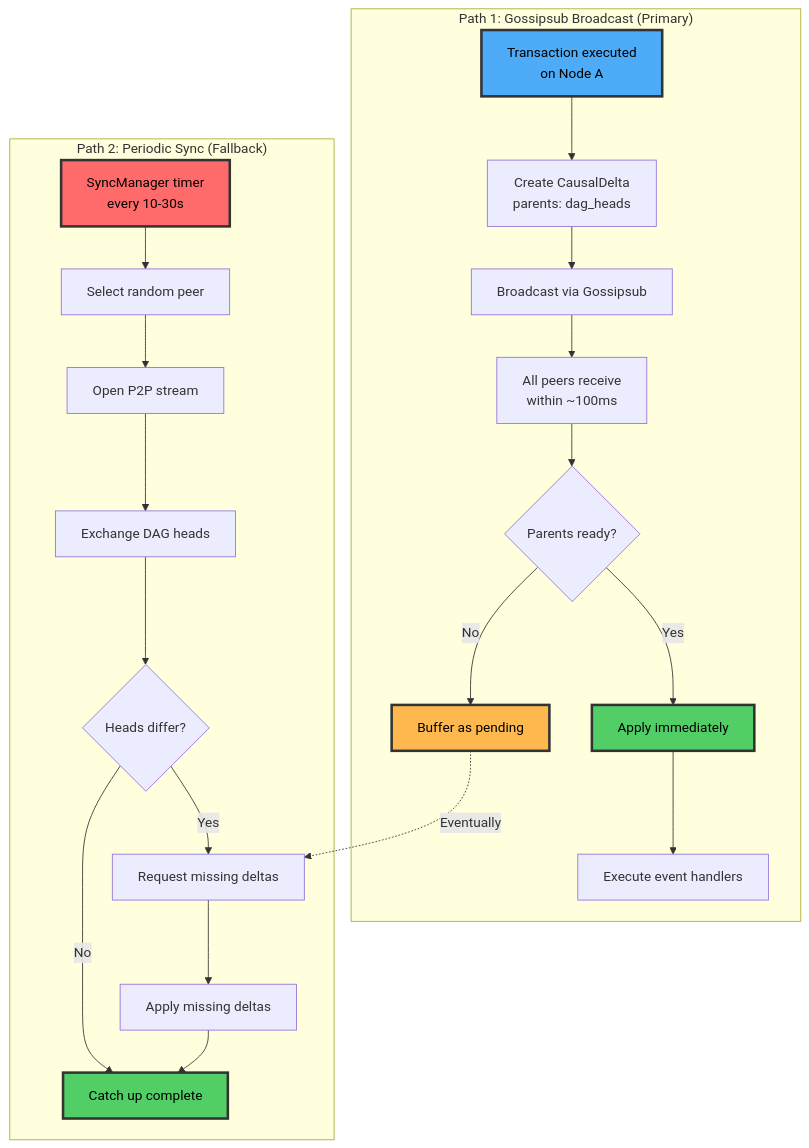
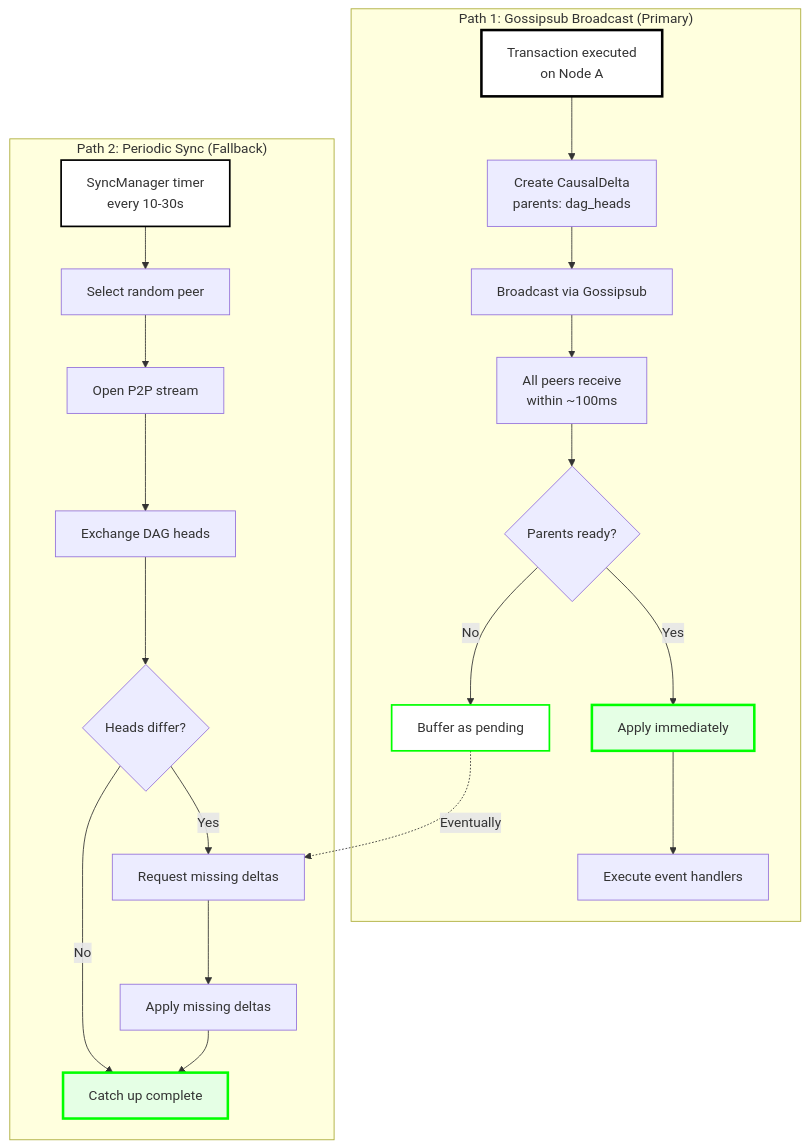
Before and after one commit to calimero-network/docs: the third of 4 diagrams in docs/core-concepts/architecture.md, drawn with Mermaid. The commit also changed other lines of this file and 6 other files, not shown here.

First line of the commit message:
fix: Update all Mermaid diagrams to use black/green color scheme

````diff
--- a/docs/core-concepts/architecture.md
+++ b/docs/core-concepts/architecture.md
@@ -102,40 +87,40 @@
 ```mermaid
 flowchart TB
     subgraph "Path 1: Gossipsub Broadcast (Primary)"
         G1[Transaction executed<br/>on Node A]
         G2[Create CausalDelta<br/>parents: dag_heads]
         G3[Broadcast via Gossipsub]
         G4[All peers receive<br/>within ~100ms]
         G5{Parents ready?}
         G6A[Apply immediately]
         G6B[Buffer as pending]
         G7[Execute event handlers]
         
         G1 --> G2 --> G3 --> G4 --> G5
         G5 -->|Yes| G6A --> G7
         G5 -->|No| G6B
     end
     
     subgraph "Path 2: Periodic Sync (Fallback)"
         P1[SyncManager timer<br/>every 10-30s]
         P2[Select random peer]
         P3[Open P2P stream]
         P4[Exchange DAG heads]
         P5{Heads differ?}
         P6[Request missing deltas]
         P7[Apply missing deltas]
         P8[Catch up complete]
         
         P1 --> P2 --> P3 --> P4 --> P5
         P5 -->|Yes| P6 --> P7 --> P8
         P5 -->|No| P8
     end
     
     G6B -.->|Eventually| P6
     
-    style G1 fill:#4DABF7,stroke:#333,stroke-width:3px,color:#000
-    style G6A fill:#51CF66,stroke:#333,stroke-width:3px,color:#000
-    style G6B fill:#FFB84D,stroke:#333,stroke-width:3px,color:#000
-    style P1 fill:#FF6B6B,stroke:#333,stroke-width:3px,color:#000
-    style P8 fill:#51CF66,stroke:#333,stroke-width:3px,color:#000
+    style G1 fill:#ffffff,stroke:#000000,stroke-width:3px
+    style G6A fill:#e5ffe5,stroke:#00ff00,stroke-width:3px
+    style G6B fill:#ffffff,stroke:#00ff00,stroke-width:2px
+    style P1 fill:#ffffff,stroke:#000000,stroke-width:2px
+    style P8 fill:#e5ffe5,stroke:#00ff00,stroke-width:3px
 ```
````
